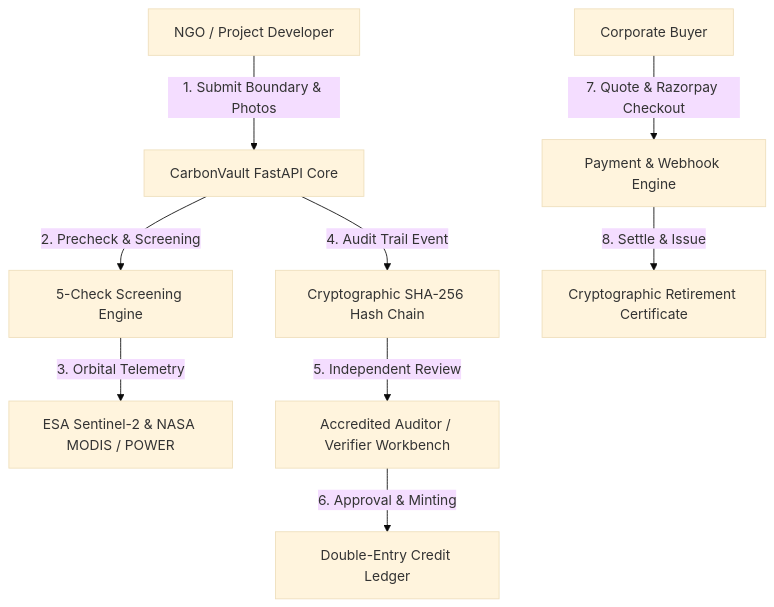
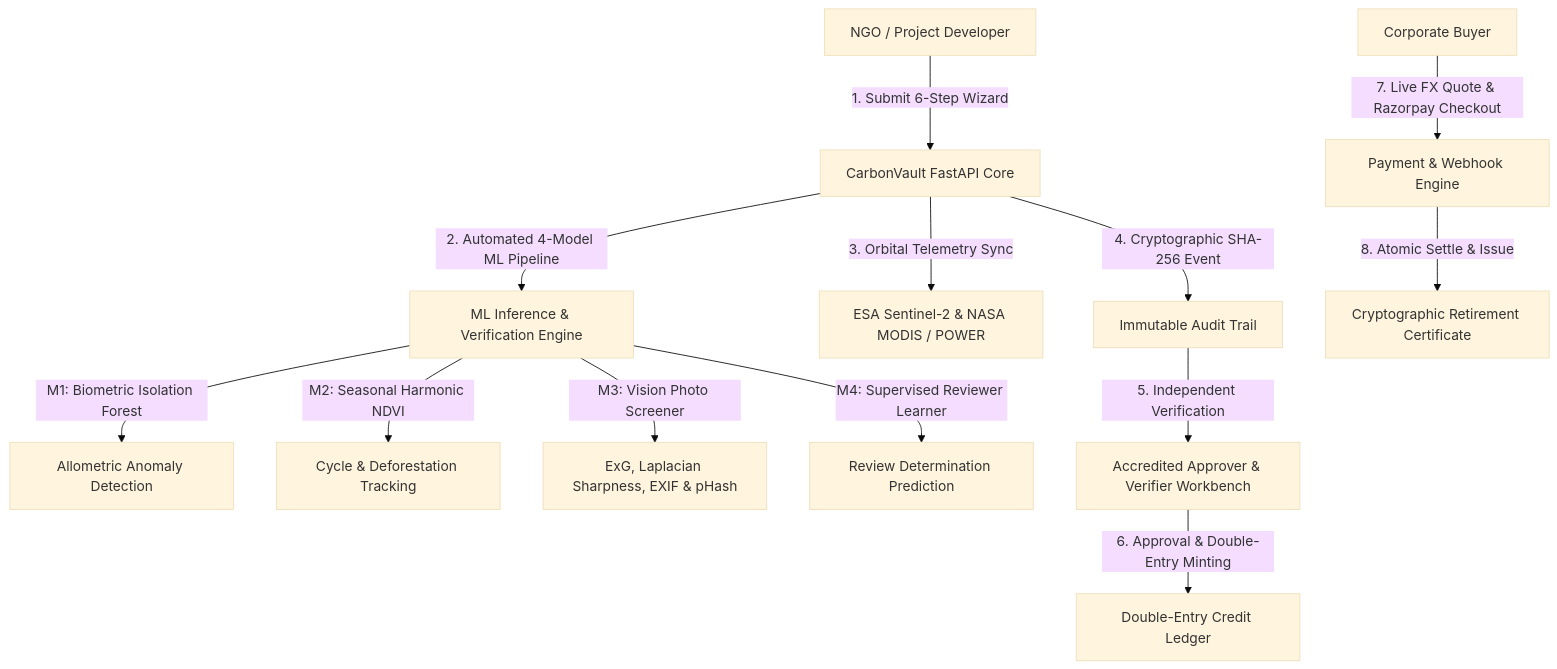
The diagram in docs/HOW_IT_WORKS.md (27Shambhavi/CarbonVault), drawn with Mermaid (base theme) before and after one commit. The commit also changed other lines of this file and 31 other files, not shown here.

Commit message:
feat: complete production readiness with 8-tab project view, 6-step wizard, visible ML, and Virginia Render deployment

````diff
--- a/docs/HOW_IT_WORKS.md
+++ b/docs/HOW_IT_WORKS.md
@@ -9,11 +9,16 @@
 ```mermaid
 graph TD
-    NGO[NGO / Project Developer] -->|1. Submit Boundary & Photos| API[CarbonVault FastAPI Core]
-    API -->|2. Precheck & Screening| ML[5-Check Screening Engine]
-    ML -->|3. Orbital Telemetry| SAT[ESA Sentinel-2 & NASA MODIS / POWER]
-    API -->|4. Audit Trail Event| AUDIT[Cryptographic SHA-256 Hash Chain]
-    AUDIT -->|5. Independent Review| VER[Accredited Auditor / Verifier Workbench]
-    VER -->|6. Approval & Minting| LEDGER[Double-Entry Credit Ledger]
-    CORP[Corporate Buyer] -->|7. Quote & Razorpay Checkout| PAY[Payment & Webhook Engine]
-    PAY -->|8. Settle & Issue| CERT[Cryptographic Retirement Certificate]
+    NGO[NGO / Project Developer] -->|1. Submit 6-Step Wizard| API[CarbonVault FastAPI Core]
+    API -->|2. Automated 4-Model ML Pipeline| ML[ML Inference & Verification Engine]
+    ML -->|M1: Biometric Isolation Forest| ISO[Allometric Anomaly Detection]
+    ML -->|M2: Seasonal Harmonic NDVI| HAR[Cycle & Deforestation Tracking]
+    ML -->|M3: Vision Photo Screener| VIS[ExG, Laplacian Sharpness, EXIF & pHash]
+    ML -->|M4: Supervised Reviewer Learner| REV[Review Determination Prediction]
+    
+    API -->|3. Orbital Telemetry Sync| SAT[ESA Sentinel-2 & NASA MODIS / POWER]
+    API -->|4. Cryptographic SHA-256 Event| AUDIT[Immutable Audit Trail]
+    AUDIT -->|5. Independent Verification| VER[Accredited Approver & Verifier Workbench]
+    VER -->|6. Approval & Double-Entry Minting| LEDGER[Double-Entry Credit Ledger]
+    CORP[Corporate Buyer] -->|7. Live FX Quote & Razorpay Checkout| PAY[Payment & Webhook Engine]
+    PAY -->|8. Atomic Settle & Issue| CERT[Cryptographic Retirement Certificate]
 ```
````
